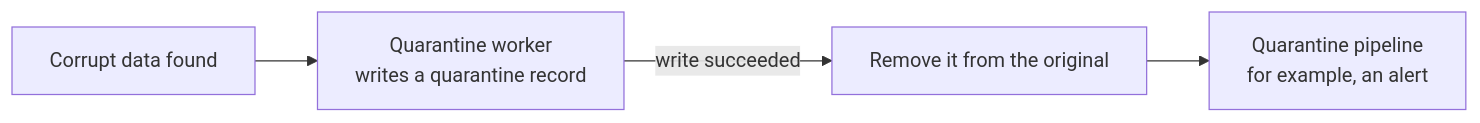
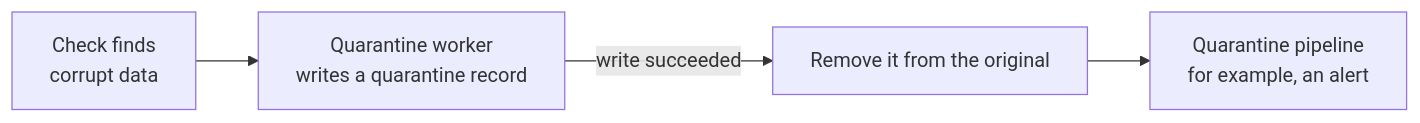
One commit to bristweb/yafidb changed the fifth of 5 diagrams in docs/architecture.md. Above: the diagram before and after it, drawn with Mermaid. The commit also changed other lines of this file and 19 other files, not shown here.

Commit message:
Separate check tool owns validation and quarantine; builds only read

````diff
--- a/docs/architecture.md
+++ b/docs/architecture.md
@@ -123,6 +164,6 @@
 ```mermaid
 flowchart LR
-    F[Corrupt data found] --> Q[Quarantine worker<br/>writes a quarantine record]
+    F[Check finds<br/>corrupt data] --> Q[Quarantine worker<br/>writes a quarantine record]
     Q -->|write succeeded| T[Remove it from the original]
     T --> N[Quarantine pipeline<br/>for example, an alert]
 ```
````
